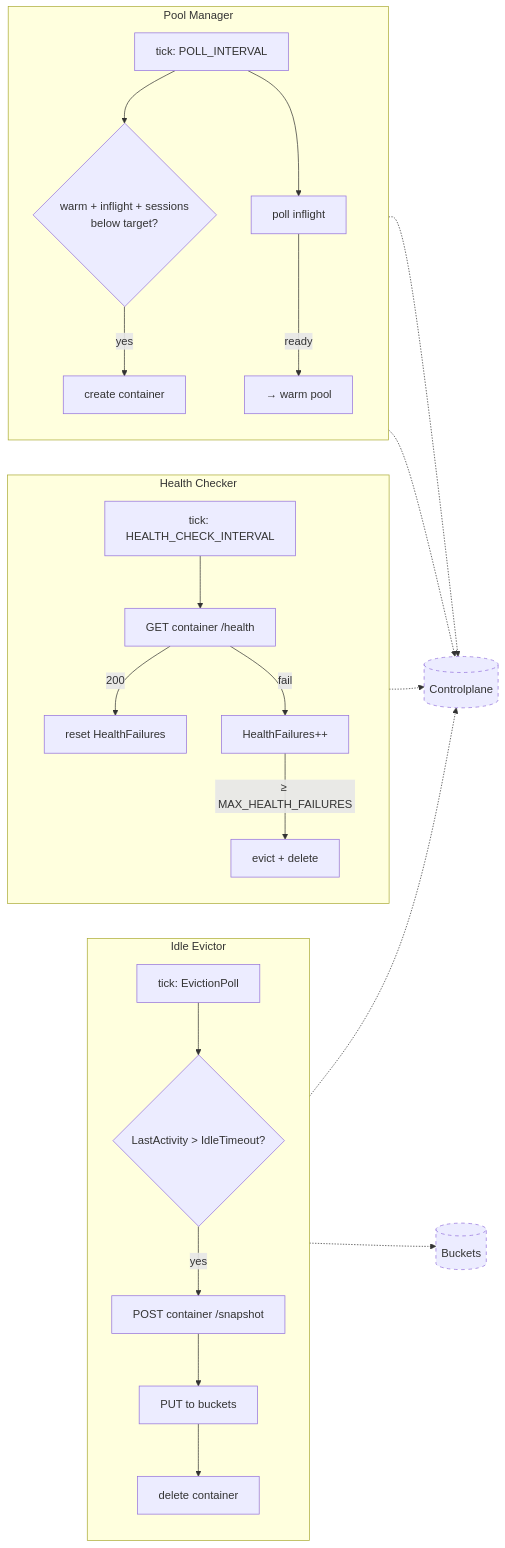
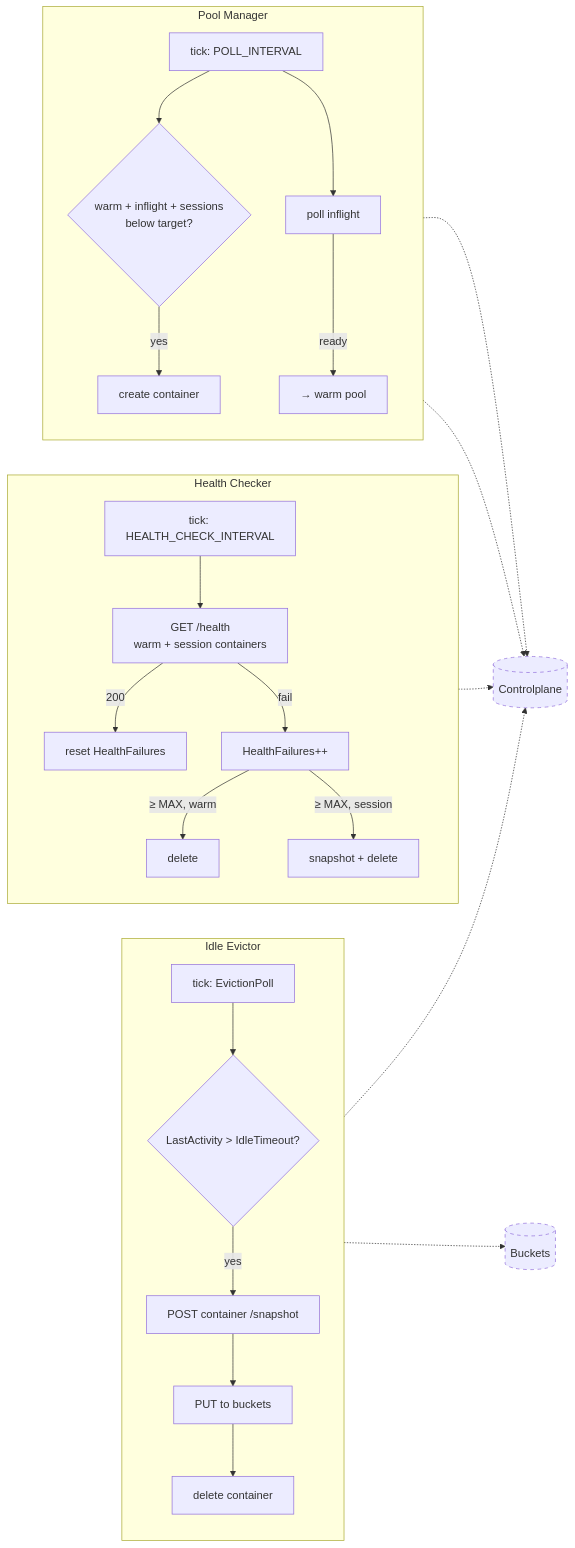
Before and after one commit to tinfoilsh/confidential-code-execution: the second of 3 diagrams in README.md, drawn with Mermaid. The commit also changed other lines of this file and 1 other file, not shown here.

Commit message:
health check existing containers to avoid getting stuck

````diff
--- a/README.md
+++ b/README.md
@@ -53,38 +53,39 @@
 ```mermaid
 flowchart LR
     subgraph Pool[Pool Manager]
         direction TB
         P1[tick: POLL_INTERVAL]
         P1 --> P2{warm + inflight + sessions<br/>below target?}
         P2 -->|yes| P3[create container]
         P1 --> P4[poll inflight]
         P4 -->|ready| P5[→ warm pool]
     end
 
     subgraph Health[Health Checker]
         direction TB
         H1[tick: HEALTH_CHECK_INTERVAL]
-        H1 --> H2[GET container /health]
+        H1 --> H2[GET /health<br/>warm + session containers]
         H2 -->|200| H3[reset HealthFailures]
         H2 -->|fail| H4[HealthFailures++]
-        H4 -->|≥ MAX_HEALTH_FAILURES| H5[evict + delete]
+        H4 -->|≥ MAX, warm| H5[delete]
+        H4 -->|≥ MAX, session| H6[snapshot + delete]
     end
 
     subgraph Evict[Idle Evictor]
         direction TB
         E1[tick: EvictionPoll]
         E1 --> E2{LastActivity > IdleTimeout?}
         E2 -->|yes| E3[POST container /snapshot]
         E3 --> E4[PUT to buckets]
         E4 --> E5[delete container]
     end
 
     P3 -.-> CP[(Controlplane)]
     P4 -.-> CP
     H5 -.-> CP
     E5 -.-> CP
     E4 -.-> B[(Buckets)]
 
     classDef ext stroke-dasharray:5 5
     class CP,B ext
 ```
````
